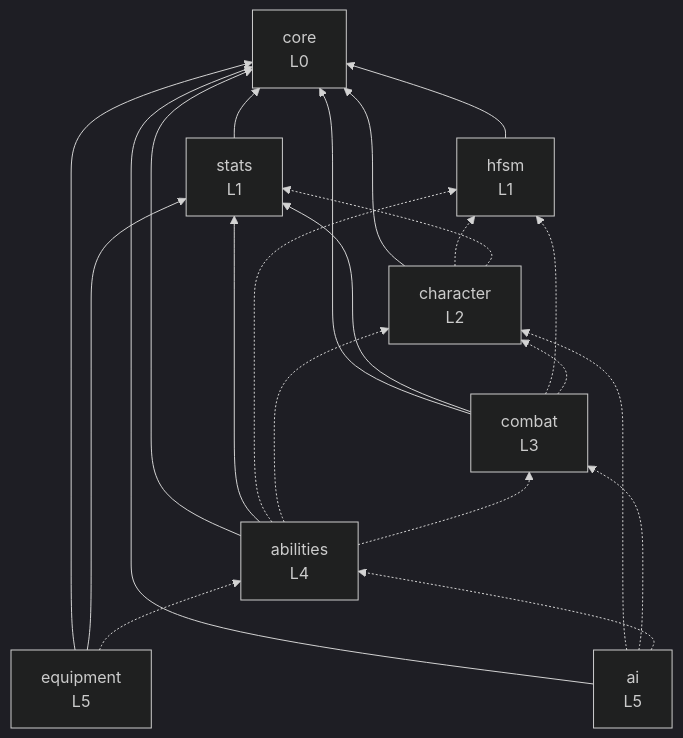
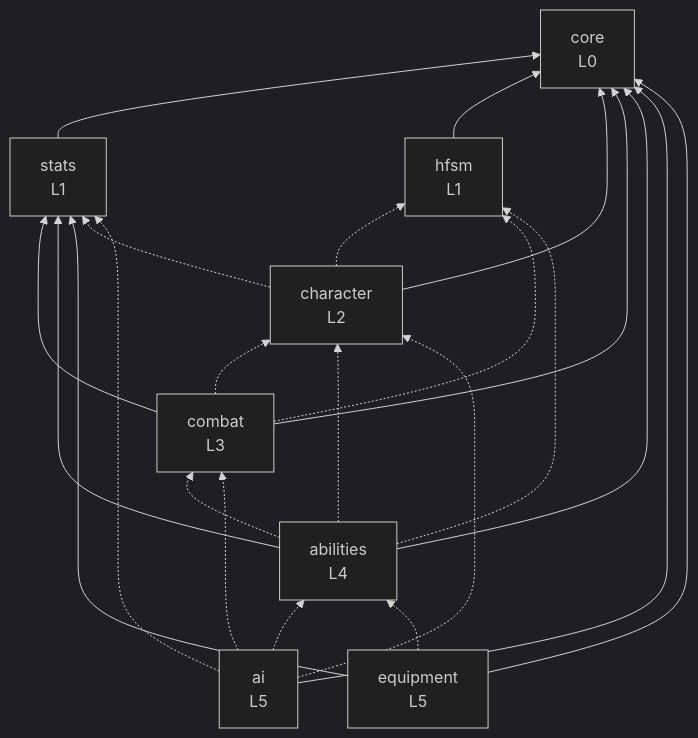
The diagram in Docs/Framework/docs/01-dependency-graph.md (GuiJR777/Whisker-Of-Rage-Unity-6), drawn with Mermaid (dark theme) before and after one commit. The commit also changed other lines of this file and 7 other files, not shown here.

````diff
--- a/Docs/Framework/docs/01-dependency-graph.md
+++ b/Docs/Framework/docs/01-dependency-graph.md
@@ -17,34 +17,35 @@
 ```mermaid
 flowchart BT
     core["core<br/>L0"]
     stats["stats<br/>L1"]
     hfsm["hfsm<br/>L1"]
     character["character<br/>L2"]
     combat["combat<br/>L3"]
     abilities["abilities<br/>L4"]
     ai["ai<br/>L5"]
     equipment["equipment<br/>L5"]
 
     stats --> core
     hfsm --> core
     character --> core
     combat --> core
     combat --> stats
     abilities --> core
     abilities --> stats
     ai --> core
     equipment --> core
     equipment --> stats
 
     character -.-> hfsm
     character -.-> stats
     combat -.-> hfsm
     combat -.-> character
     abilities -.-> hfsm
     abilities -.-> character
     abilities -.-> combat
+    ai -.-> stats
     ai -.-> character
     ai -.-> combat
     ai -.-> abilities
     equipment -.-> abilities
 ```
````
